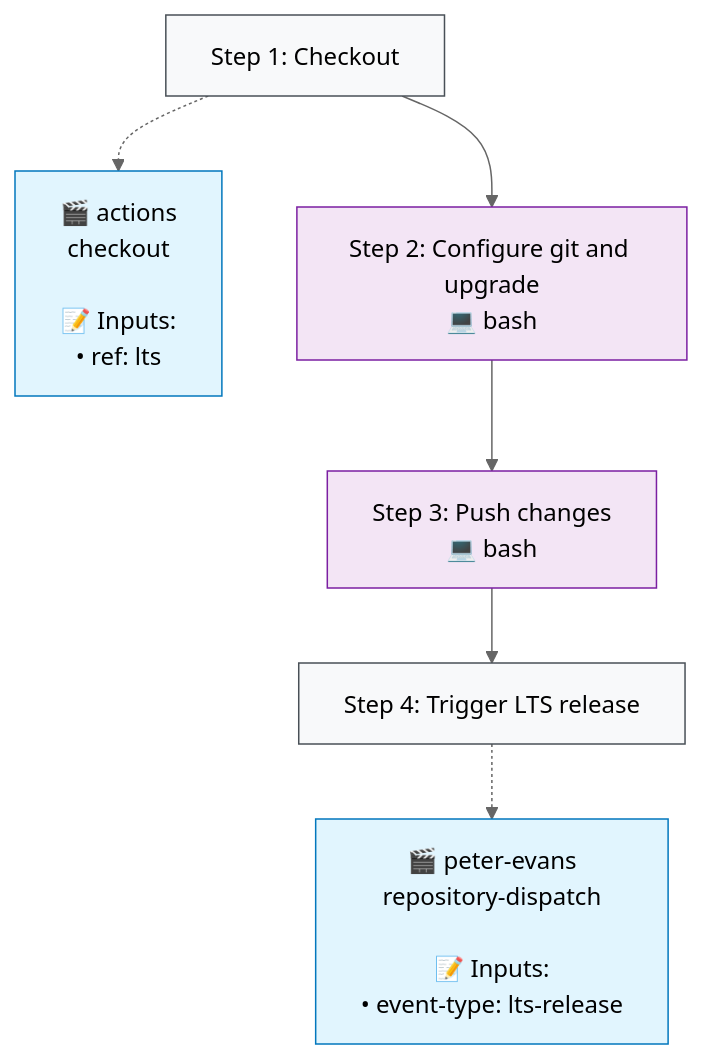
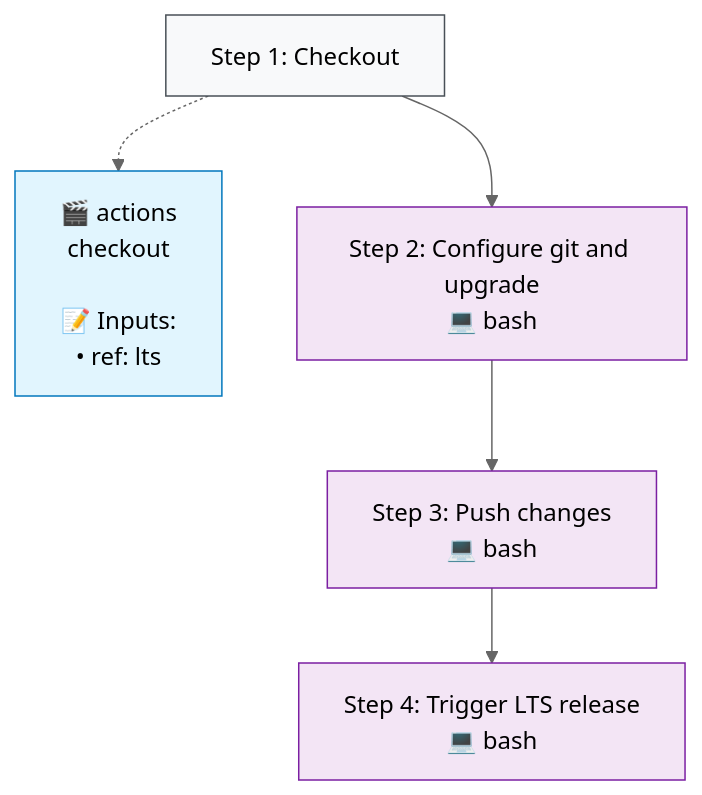
Before and after one commit to http4k/www: the second of 2 diagrams in .github/typeflows/upgrade_http4k-lts/README.md, drawn with Mermaid (neutral theme). The commit also changed 3 other files, not shown here.

````diff
--- a/.github/typeflows/upgrade_http4k-lts/README.md
+++ b/.github/typeflows/upgrade_http4k-lts/README.md
@@ -21,21 +21,18 @@
 ```mermaid
 %%{init: {"flowchart": {"curve": "basis"}}}%%
 flowchart TD
     step1["Step 1: Checkout"]
     style step1 fill:#f8f9fa,stroke:#495057
     action1["🎬 actions<br/>checkout<br/><br/>📝 Inputs:<br/>• ref: lts"]
     style action1 fill:#e1f5fe,stroke:#0277bd
     step1 -.-> action1
     step2["Step 2: Configure git and upgrade<br/>💻 bash"]
     style step2 fill:#f3e5f5,stroke:#7b1fa2
     step1 --> step2
     step3["Step 3: Push changes<br/>💻 bash"]
     style step3 fill:#f3e5f5,stroke:#7b1fa2
     step2 --> step3
-    step4["Step 4: Trigger LTS release"]
-    style step4 fill:#f8f9fa,stroke:#495057
-    action4["🎬 peter-evans<br/>repository-dispatch<br/><br/>📝 Inputs:<br/>• event-type: lts-release"]
-    style action4 fill:#e1f5fe,stroke:#0277bd
-    step4 -.-> action4
+    step4["Step 4: Trigger LTS release<br/>💻 bash"]
+    style step4 fill:#f3e5f5,stroke:#7b1fa2
     step3 --> step4
 ```
````
